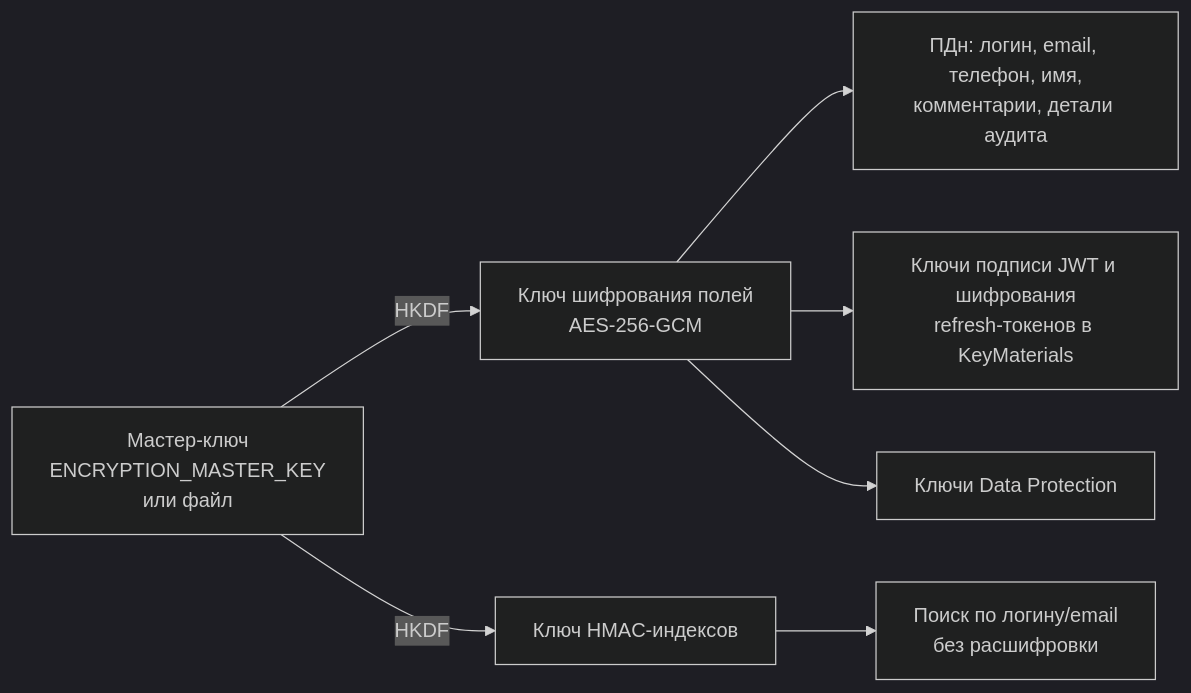
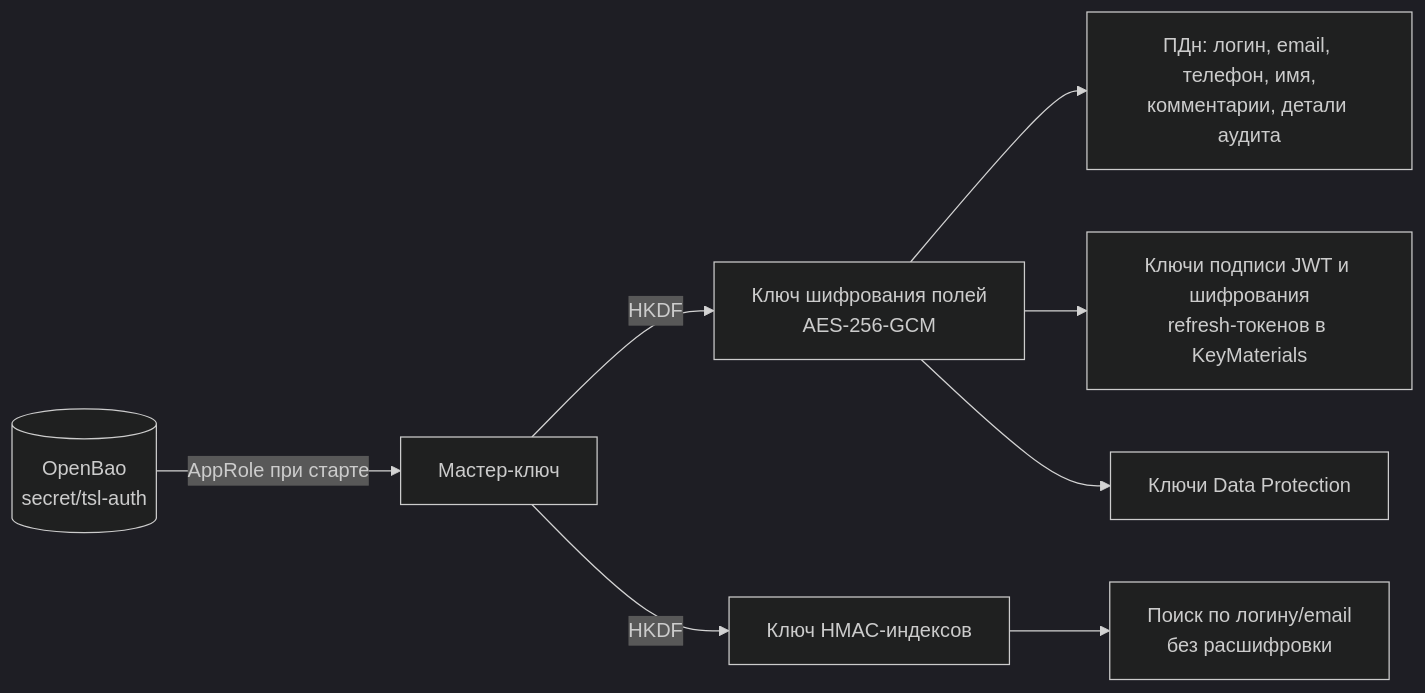
The sixth of 6 diagrams in docs/architecture.md (akprof2000/tsl-auth), drawn with Mermaid (dark theme) before and after one commit. The commit also changed other lines of this file and 36 other files, not shown here.

First line of the commit message:
OpenBao — единое хранилище секретов: TSL Auth и демо читают секреты по AppRole

````diff
--- a/docs/architecture.md
+++ b/docs/architecture.md
@@ -157,9 +157,10 @@
 ```mermaid
 flowchart LR
-    MK[Мастер-ключ<br/>ENCRYPTION_MASTER_KEY<br/>или файл] -- HKDF --> FK[Ключ шифрования полей<br/>AES-256-GCM]
+    BAO[(OpenBao<br/>secret/tsl-auth)] -- "AppRole при старте" --> MK
+    MK[Мастер-ключ] -- HKDF --> FK[Ключ шифрования полей<br/>AES-256-GCM]
     MK -- HKDF --> IK[Ключ HMAC-индексов]
     FK --> PD[ПДн: логин, email, телефон, имя,<br/>комментарии, детали аудита]
     FK --> KM[Ключи подписи JWT и шифрования<br/>refresh-токенов в KeyMaterials]
     FK --> DPK[Ключи Data Protection]
     IK --> BI[Поиск по логину/email<br/>без расшифровки]
 ```
````
